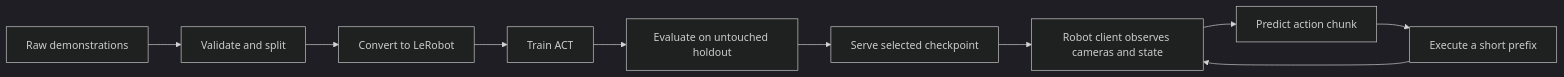
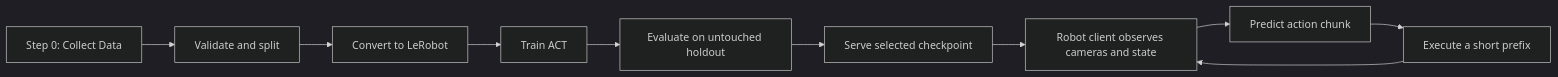
The first of 3 diagrams in README.md (aiorbits/station-lite-act-learning), drawn with Mermaid (dark theme) before and after one commit. The commit also changed other lines of this file, not shown here.

First line of the commit message:
docs: add data collection step and clarify inference dry run

````diff
--- a/README.md
+++ b/README.md
@@ -21,12 +21,12 @@
 ```mermaid
 flowchart LR
-    A[Raw demonstrations] --> B[Validate and split]
+    A[Step 0: Collect Data] --> B[Validate and split]
     B --> C[Convert to LeRobot]
     C --> D[Train ACT]
     D --> E[Evaluate on untouched holdout]
     E --> F[Serve selected checkpoint]
     F --> G[Robot client observes cameras and state]
     G --> H[Predict action chunk]
     H --> I[Execute a short prefix]
     I --> G
 ```
````
